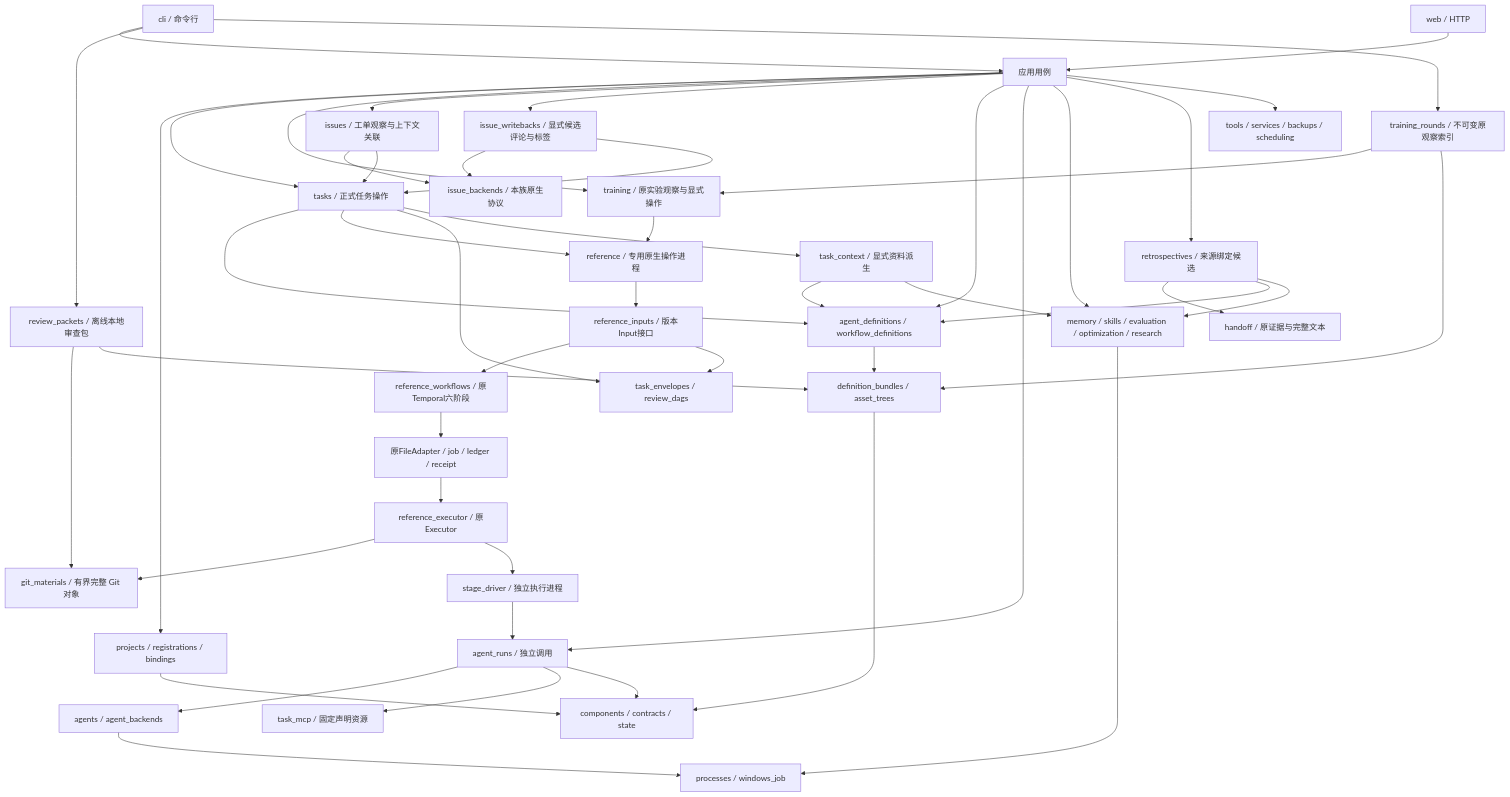
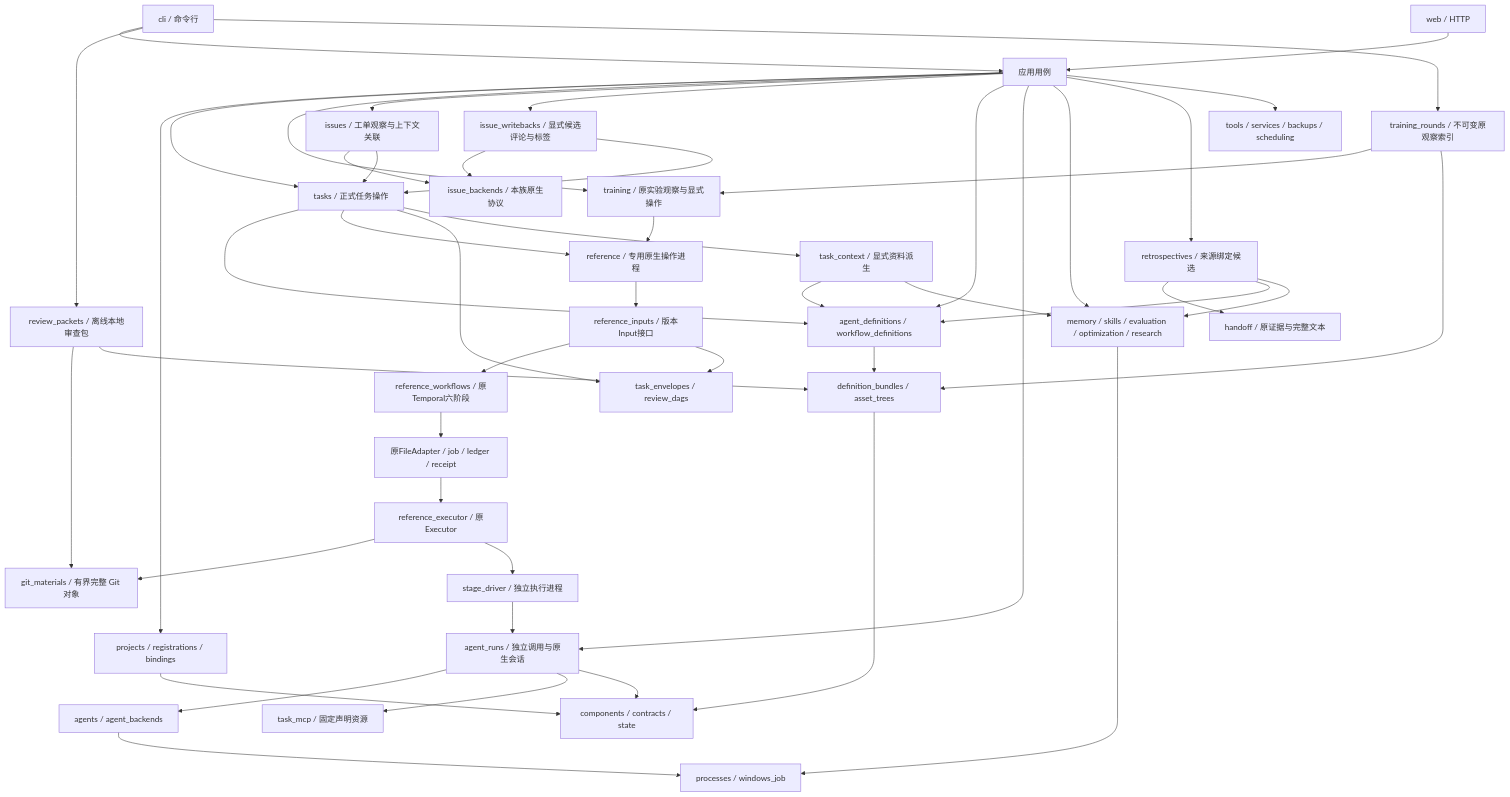
The first of 11 diagrams in docs/architecture/current.md (626619403/Ergora), drawn with Mermaid before and after one commit. The commit also changed other lines of this file and 1 other file, not shown here.

Commit message:
docs: align current architecture execution contracts

````diff
--- a/docs/architecture/current.md
+++ b/docs/architecture/current.md
@@ -15,51 +15,51 @@
 ```mermaid
 flowchart TB
   CLI[cli / 命令行] --> Uses[应用用例]
   CLI --> ReviewPackets[review_packets / 离线本地审查包]
   CLI --> Rounds[training_rounds / 不可变原观察索引]
   Rounds --> Training
   Rounds --> Bundles
   ReviewPackets --> GitMaterials[git_materials / 有界完整 Git 对象]
   ReviewPackets --> Bundles
   HTTP[web / HTTP] --> Uses
   Uses --> Project[projects / registrations / bindings]
   Uses --> Tasks[tasks / 正式任务操作]
   Uses --> Training[training / 原实验观察与显式操作]
   Training --> Reference
   Uses --> Issues[issues / 工单观察与上下文关联]
   Issues --> IssueBackends[issue_backends / 本族原生协议]
   Issues --> Tasks
   Uses --> Writebacks[issue_writebacks / 显式候选评论与标签]
   Writebacks --> IssueBackends
   Writebacks --> Tasks
   Uses --> Library[agent_definitions / workflow_definitions]
-  Uses --> Runs[agent_runs / 独立调用]
+  Uses --> Runs[agent_runs / 独立调用与原生会话]
   Uses --> Evolution[memory / skills / evaluation / optimization / research]
   Uses --> Retrospective[retrospectives / 来源绑定候选]
   Retrospective --> Evidence[handoff / 原证据与完整文本]
   Retrospective --> Library
   Retrospective --> Evolution
   Uses --> Ops[tools / services / backups / scheduling]
   Library --> Bundles[definition_bundles / asset_trees]
   Tasks --> Library
   Tasks --> Reference[reference / 专用原生操作进程]
   Reference --> Input[reference_inputs / 版本Input接口]
   Input --> Flow[reference_workflows / 原Temporal六阶段]
   Flow --> Files[原FileAdapter / job / ledger / receipt]
   Files --> Executor[reference_executor / 原Executor]
   Executor --> GitMaterials
   Executor --> Driver[stage_driver / 独立执行进程]
   Driver --> Runs
   Runs --> Agents[agents / agent_backends]
   Runs --> MCP[task_mcp / 固定声明资源]
   Agents --> Processes[processes / windows_job]
   Evolution --> Processes
   Project --> Base[components / contracts / state]
   Bundles --> Base
   Runs --> Base
   Tasks --> Envelope[task_envelopes / review_dags]
   Tasks --> Context[task_context / 显式资料派生]
   Context --> Library
   Context --> Evolution
   Input --> Envelope
 ```
````
